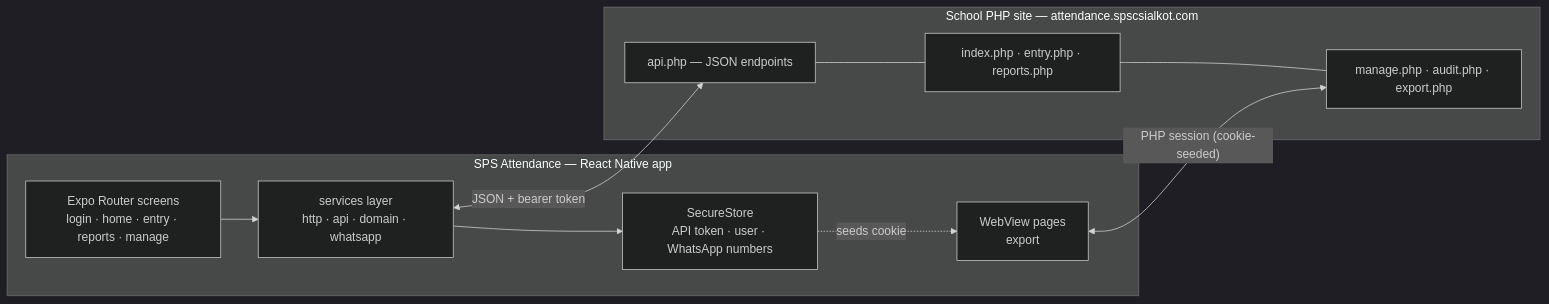
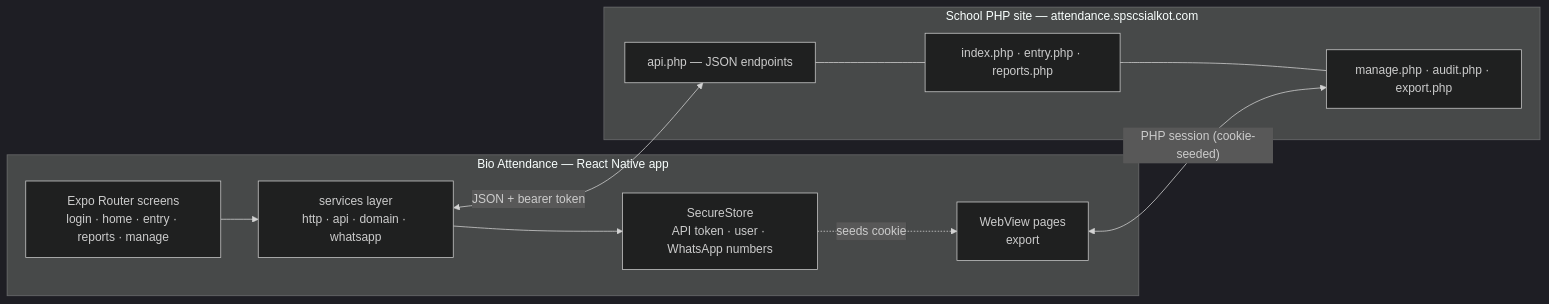
One commit to vagu3s0ul/Bio-Attendance changed the first of 2 diagrams in README.md. Above: the diagram before and after it, drawn with Mermaid (dark theme). The commit also changed other lines of this file and 14 other files, not shown here.

First line of the commit message:
Rebrand app to Bio Attendance

````diff
--- a/README.md
+++ b/README.md
@@ -121,20 +121,20 @@
 ```mermaid
 flowchart LR
-    subgraph APP["SPS Attendance — React Native app"]
+    subgraph APP["Bio Attendance — React Native app"]
         UI["Expo Router screens<br/>login · home · entry · reports · manage"]
         SVC["services layer<br/>http · api · domain · whatsapp"]
         SEC["SecureStore<br/>API token · user · WhatsApp numbers"]
         WEB["WebView pages<br/>export"]
         UI --> SVC
         SVC --> SEC
         SEC -. seeds cookie .-> WEB
     end
     subgraph SITE["School PHP site — attendance.spscsialkot.com"]
         API["api.php — JSON endpoints"]
         P1["index.php · entry.php · reports.php"]
         P2["manage.php · audit.php · export.php"]
         API --- P1 --- P2
     end
     SVC <-->|"JSON + bearer token"| API
     WEB <-->|"PHP session (cookie-seeded)"| P2
 ```
````
